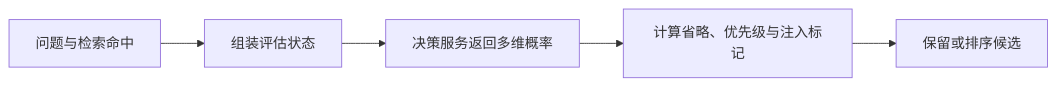
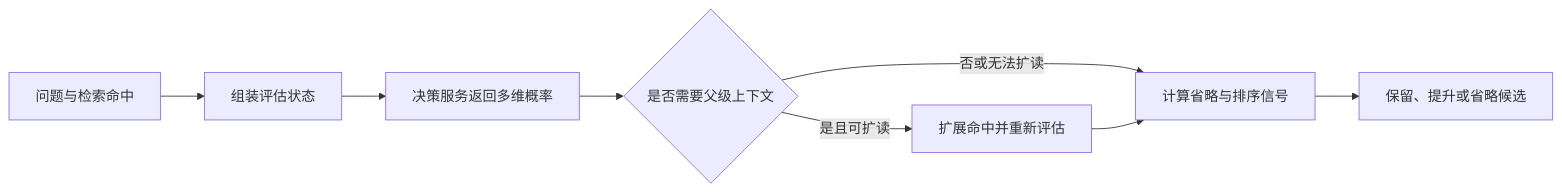
One commit to lejunyang/omem changed the diagram in .repo-review/knowledge/articles/2eb882da851a9ed714d6882c67cc68c5311af0d6ba90a967eb803e4eda8736fd.md. Above: the diagram before and after it, drawn with Mermaid. The commit also changed other lines of this file and 13 other files, not shown here.

````diff
--- a/.repo-review/knowledge/articles/2eb882da851a9ed714d6882c67cc68c5311af0d6ba90a967eb803e4eda8736fd.md
+++ b/.repo-review/knowledge/articles/2eb882da851a9ed714d6882c67cc68c5311af0d6ba90a967eb803e4eda8736fd.md
@@ -17,7 +21,10 @@
 ```mermaid
 flowchart LR
   A[问题与检索命中] --> B[组装评估状态]
   B --> C[决策服务返回多维概率]
-  C --> D[计算省略、优先级与注入标记]
-  D --> E[保留或排序候选]
+  C --> D{是否需要父级上下文}
+  D -->|是且可扩读| E[扩展命中并重新评估]
+  D -->|否或无法扩读| F[计算省略与排序信号]
+  E --> F
+  F --> G[保留、提升或省略候选]
 ```
````
